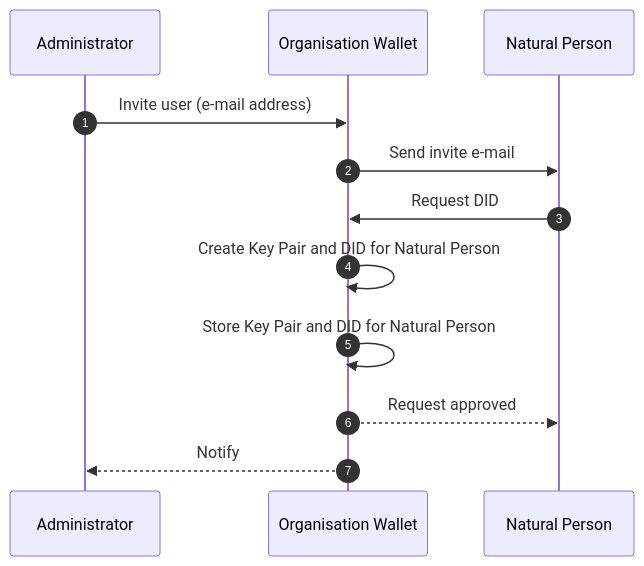
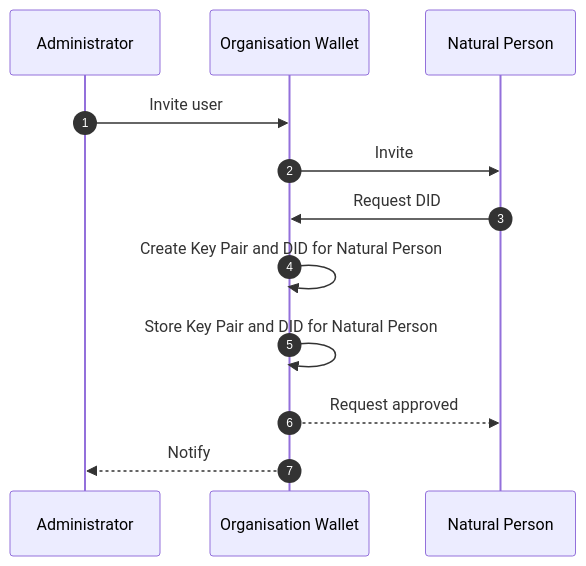
The second of 3 diagrams in ewc-rfc010-issue-and-present-organisational-credentials.md (EWC-consortium/eudi-wallet-rfcs), drawn with Mermaid before and after one commit. The commit also changed other lines of this file, not shown here.

````diff
--- a/ewc-rfc010-issue-and-present-organisational-credentials.md
+++ b/ewc-rfc010-issue-and-present-organisational-credentials.md
@@ -87,18 +87,18 @@
 ```mermaid
 sequenceDiagram
     autonumber
 
     participant Admin as Administrator
     participant OrgWallet as Organisation Wallet
     participant NP as Natural Person
 
-    Admin ->> OrgWallet: Invite user (e-mail address)
-    OrgWallet ->> NP: Send invite e-mail
+    Admin ->> OrgWallet: Invite user
+    OrgWallet ->> NP: Invite
     NP ->> OrgWallet: Request DID
 
     OrgWallet ->> OrgWallet: Create Key Pair and DID for Natural Person
     OrgWallet ->> OrgWallet: Store Key Pair and DID for Natural Person
 
     OrgWallet -->> NP: Request approved
     OrgWallet -->> Admin: Notify
 ```
````
